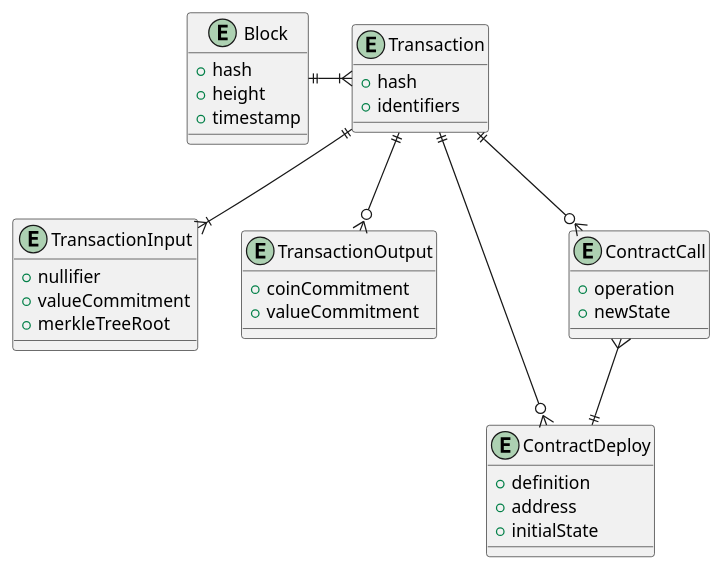
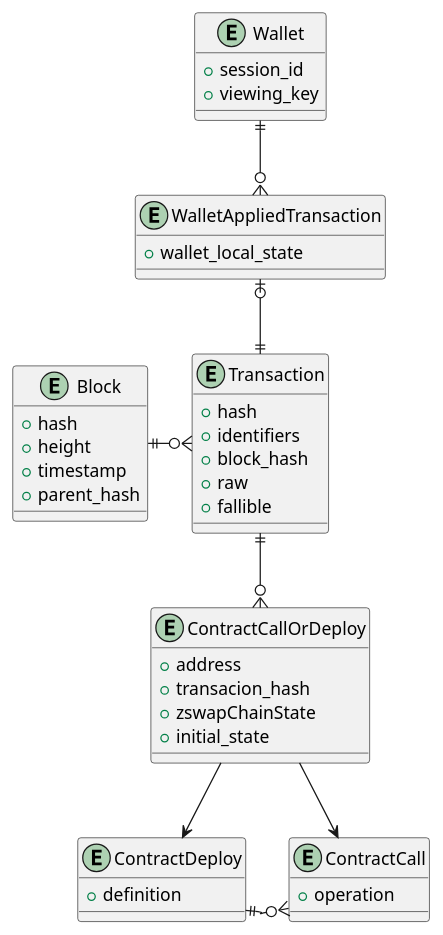
One commit to midnightntwrk/midnight-architecture changed the diagram in components/PubSubIndexer/datamodel.puml. Above: the diagram before and after it, drawn with PlantUML. The commit also changed 5 other files, not shown here.

```diff
--- a/components/PubSubIndexer/datamodel.puml
+++ b/components/PubSubIndexer/datamodel.puml
@@ -1,44 +1,51 @@
 @startuml
 
 entity Block {
 + hash
 + height
 + timestamp
++ parent_hash
+}
+
+entity Wallet {
++ session_id
++ viewing_key
+}
+
+entity WalletAppliedTransaction {
++ wallet_local_state  
 }
 
 entity Transaction {
 + hash
 + identifiers
++ block_hash
++ raw
++ fallible
 }
 
-entity TransactionInput {
-+ nullifier
-+ valueCommitment
-+ merkleTreeRoot
-}
-
-entity TransactionOutput {
-+ coinCommitment
-+ valueCommitment
+entity ContractCallOrDeploy {
++ address
++ transacion_hash
++ zswapChainState
++ initial_state
 }
 
 entity ContractDeploy {
 + definition
-+ address
-+ initialState
 }
 
 entity ContractCall {
 + operation
-+ newState
 }
 
-Block ||-|{ Transaction
-
-Transaction ||--|{ TransactionInput
-Transaction ||--o{ TransactionOutput
-Transaction ||--o{ ContractDeploy
-Transaction ||--o{ ContractCall
-ContractCall }--|| ContractDeploy
+Block ||-o{ Transaction
+Wallet ||--o{ WalletAppliedTransaction
+WalletAppliedTransaction |o--|| Transaction
+Transaction ||--o{ ContractCallOrDeploy
+ContractCallOrDeploy --> ContractCall
+ContractCallOrDeploy --> ContractDeploy
+ContractDeploy ||--o{ ContractCall
+ContractDeploy -[hidden] ContractCall
 
 @enduml
```
